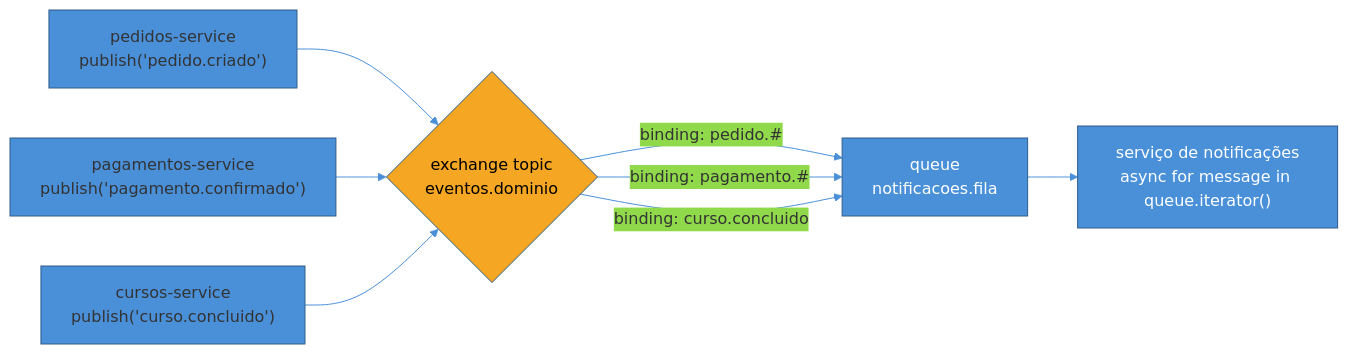
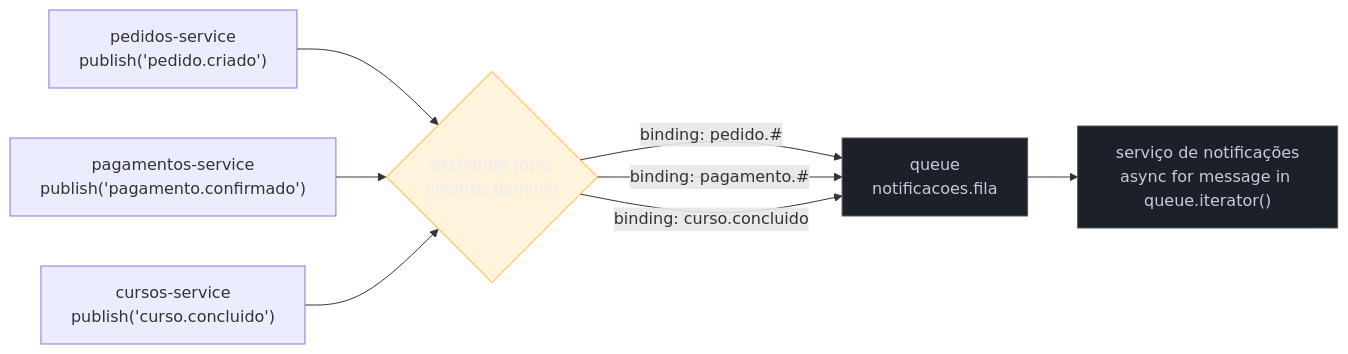
Before and after one commit to josenaldo/codex-technomanticus: the first of 2 diagrams in 03-Dominios/Tecnologia/Python/Mensageria/05 - aio-pika — RabbitMQ assíncrono.md, drawn with Mermaid. The commit also changed other lines of this file and 1181 other files, not shown here.

First line of the commit message:
fix(diagramas): paleta do sistema no lugar de cor cravada no markdown

````diff
--- a/03-Dominios/Tecnologia/Python/Mensageria/05 - aio-pika — RabbitMQ assíncrono.md
+++ b/03-Dominios/Tecnologia/Python/Mensageria/05 - aio-pika — RabbitMQ assíncrono.md
@@ -113,19 +113,20 @@
 ```mermaid
-%%{init: {"theme": "base", "themeVariables": {"primaryColor": "#4A90D9", "primaryBorderColor": "#2E5C8A", "lineColor": "#4A90D9"}}}%%
 flowchart LR
+    classDef destaque fill:#FFAA0024,stroke:#FFAA00,color:#E9ECF2
+    classDef neutro fill:#1B2029,stroke:#4E5666,color:#C6CCD8
     P1["pedidos-service<br/>publish('pedido.criado')"] --> EX
     P2["pagamentos-service<br/>publish('pagamento.confirmado')"] --> EX
     P3["cursos-service<br/>publish('curso.concluido')"] --> EX
 
     EX{"exchange topic<br/>eventos.dominio"}
 
     EX -->|"binding: pedido.#"| Q1["queue<br/>notificacoes.fila"]
     EX -->|"binding: pagamento.#"| Q1
     EX -->|"binding: curso.concluido"| Q1
 
     Q1 --> C1["serviço de notificações<br/>async for message in queue.iterator()"]
 
-    style EX fill:#F5A623,color:#000
-    style Q1 fill:#4A90D9,color:#fff
-    style C1 fill:#4A90D9,color:#fff
+    class EX destaque
+    class Q1 neutro
+    class C1 neutro
 ```
````
